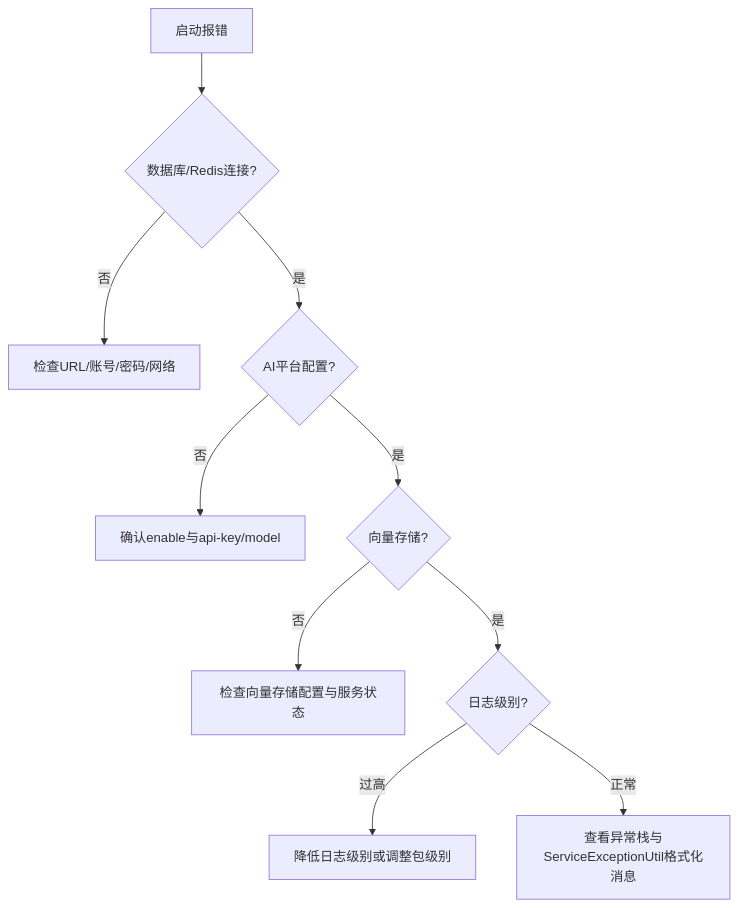
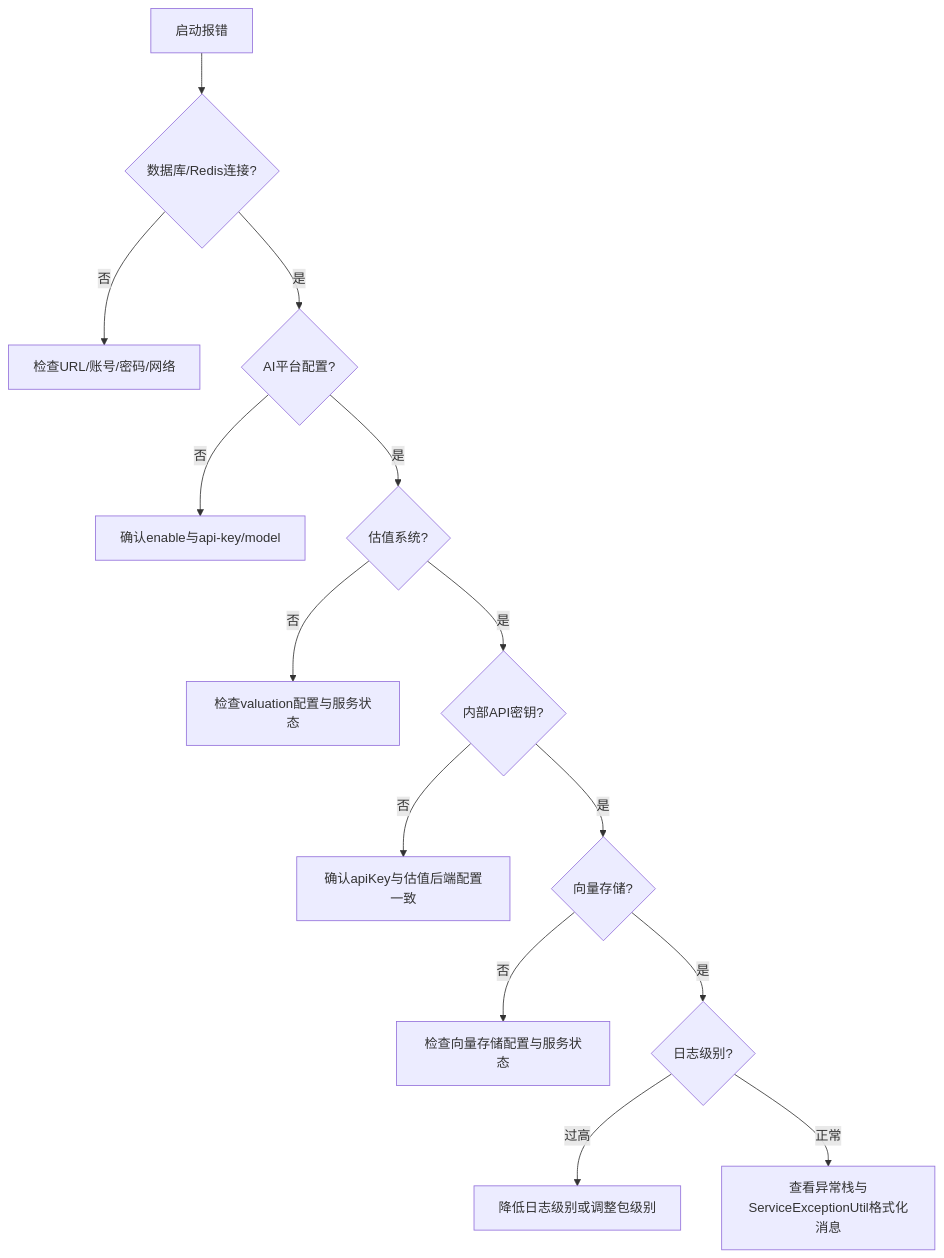
Before and after one commit to X555LB/data-ai: the seventh of 7 diagrams in .qoder/repowiki/zh/content/配置指南.md, drawn with Mermaid. The commit also changed other lines of this file and 11 other files, not shown here.

````diff
--- a/.qoder/repowiki/zh/content/配置指南.md
+++ b/.qoder/repowiki/zh/content/配置指南.md
@@ -387,12 +445,16 @@
 ```mermaid
 flowchart TD
 A["启动报错"] --> B{"数据库/Redis连接?"}
 B --> |否| C["检查URL/账号/密码/网络"]
 B --> |是| D{"AI平台配置?"}
 D --> |否| E["确认enable与api-key/model"]
-D --> |是| F{"向量存储?"}
-F --> |否| G["检查向量存储配置与服务状态"]
-F --> |是| H{"日志级别?"}
-H --> |过高| I["降低日志级别或调整包级别"]
-H --> |正常| J["查看异常栈与ServiceExceptionUtil格式化消息"]
+D --> |是| F{"估值系统?"}
+F --> |否| G["检查valuation配置与服务状态"]
+F --> |是| H{"内部API密钥?"}
+H --> |否| I["确认apiKey与估值后端配置一致"]
+H --> |是| J{"向量存储?"}
+J --> |否| K["检查向量存储配置与服务状态"]
+J --> |是| L{"日志级别?"}
+L --> |过高| M["降低日志级别或调整包级别"]
+L --> |正常| N["查看异常栈与ServiceExceptionUtil格式化消息"]
 ```
````
